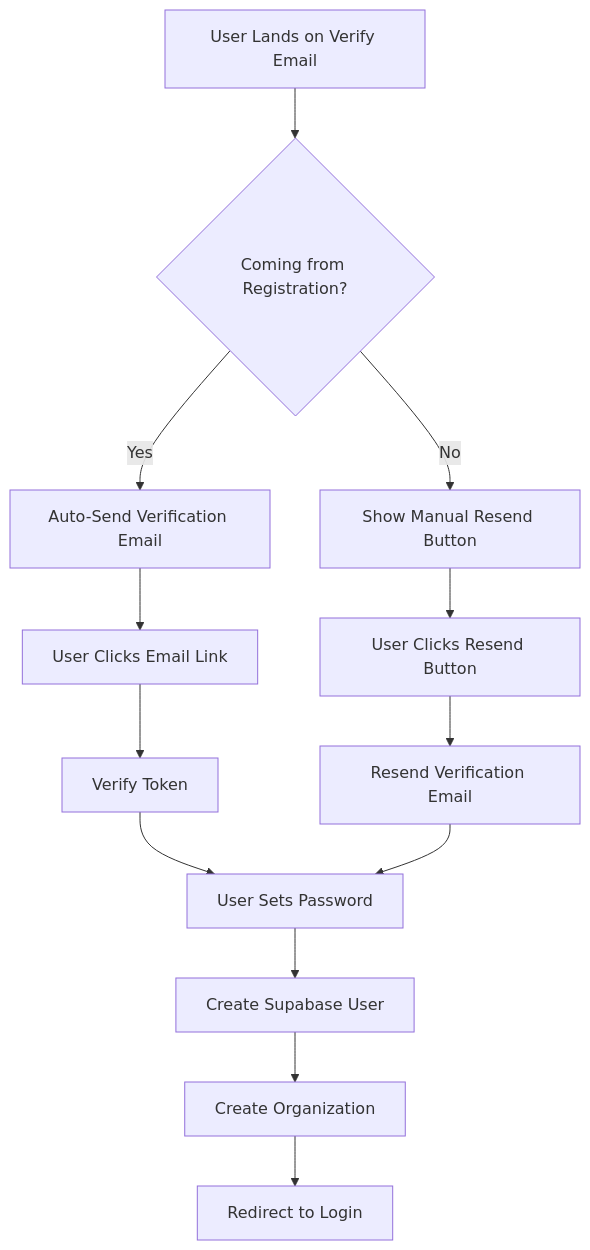
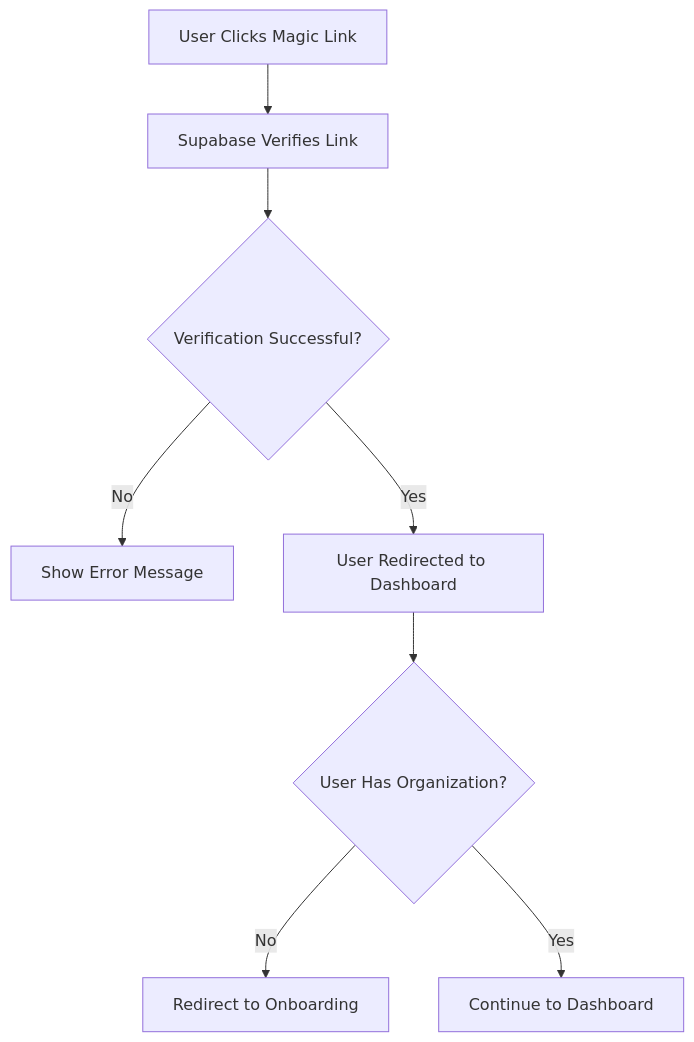
One commit to Maxapp-ZRH/PayMatch changed the fourth of 4 diagrams in docs/auth/authentication.md. Above: the diagram before and after it, drawn with Mermaid. The commit also changed other lines of this file and 78 other files, not shown here.

````diff
--- a/docs/auth/authentication.md
+++ b/docs/auth/authentication.md
@@ -188,15 +179,10 @@
 ```mermaid
 graph TD
-    A[User Lands on Verify Email] --> B{Coming from Registration?}
-    B -->|Yes| C[Auto-Send Verification Email]
-    B -->|No| D[Show Manual Resend Button]
-    C --> E[User Clicks Email Link]
-    D --> F[User Clicks Resend Button]
-    E --> G[Verify Token]
-    F --> H[Resend Verification Email]
-    G --> I[User Sets Password]
-    H --> I
-    I --> J[Create Supabase User]
-    J --> K[Create Organization]
-    K --> L[Redirect to Login]
+    A[User Clicks Magic Link] --> B[Supabase Verifies Link]
+    B --> C{Verification Successful?}
+    C -->|No| D[Show Error Message]
+    C -->|Yes| E[User Redirected to Dashboard]
+    E --> F{User Has Organization?}
+    F -->|No| G[Redirect to Onboarding]
+    F -->|Yes| H[Continue to Dashboard]
 ```
````
